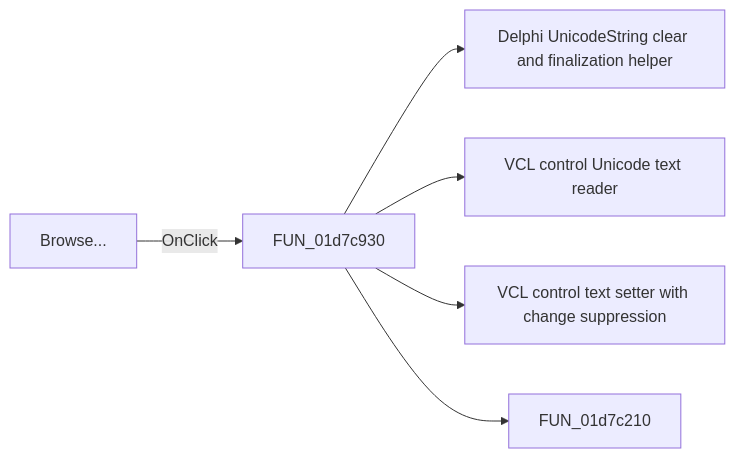
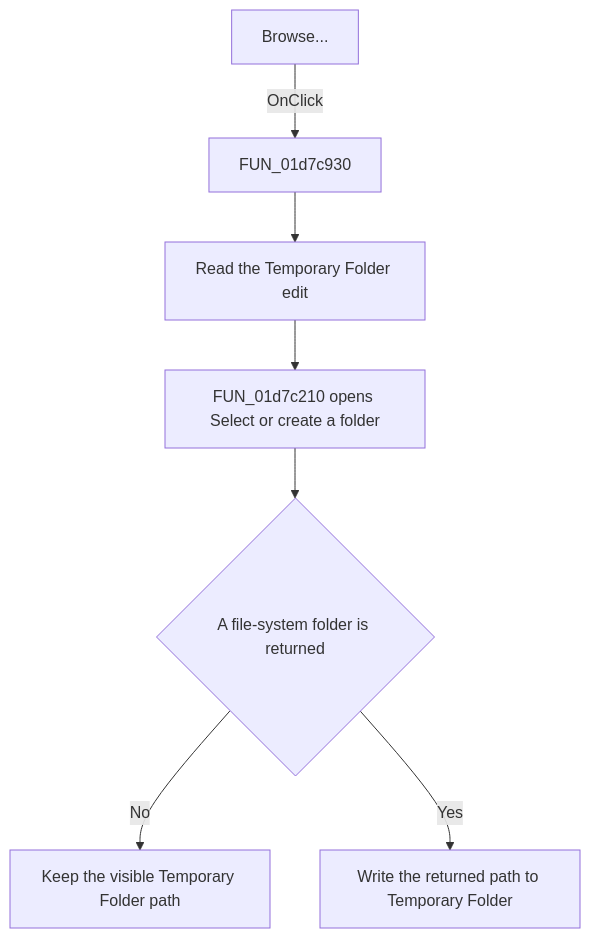
The diagram in docs/ui-controls/frmsetenvvars/btnbrowsetempdir-01c9619383.md (MovGP0/TIARA), drawn with Mermaid before and after one commit. The commit also changed other lines of this file and 387 other files, not shown here.

````diff
--- a/docs/ui-controls/frmsetenvvars/btnbrowsetempdir-01c9619383.md
+++ b/docs/ui-controls/frmsetenvvars/btnbrowsetempdir-01c9619383.md
@@ -27,8 +37,9 @@
 ```mermaid
-flowchart LR
+flowchart TD
     control["Browse..."] -->|OnClick| handler["FUN_01d7c930"]
-    handler --> call1["Delphi UnicodeString clear and finalization helper"]
-    handler --> call2["VCL control Unicode text reader"]
-    handler --> call3["VCL control text setter with change suppression"]
-    handler --> call4["FUN_01d7c210"]
+    handler --> read["Read the Temporary Folder edit"]
+    read --> picker["FUN_01d7c210 opens Select or create a folder"]
+    picker --> selected{"A file-system folder is returned"}
+    selected -->|No| unchanged["Keep the visible Temporary Folder path"]
+    selected -->|Yes| update["Write the returned path to Temporary Folder"]
 ```
````
